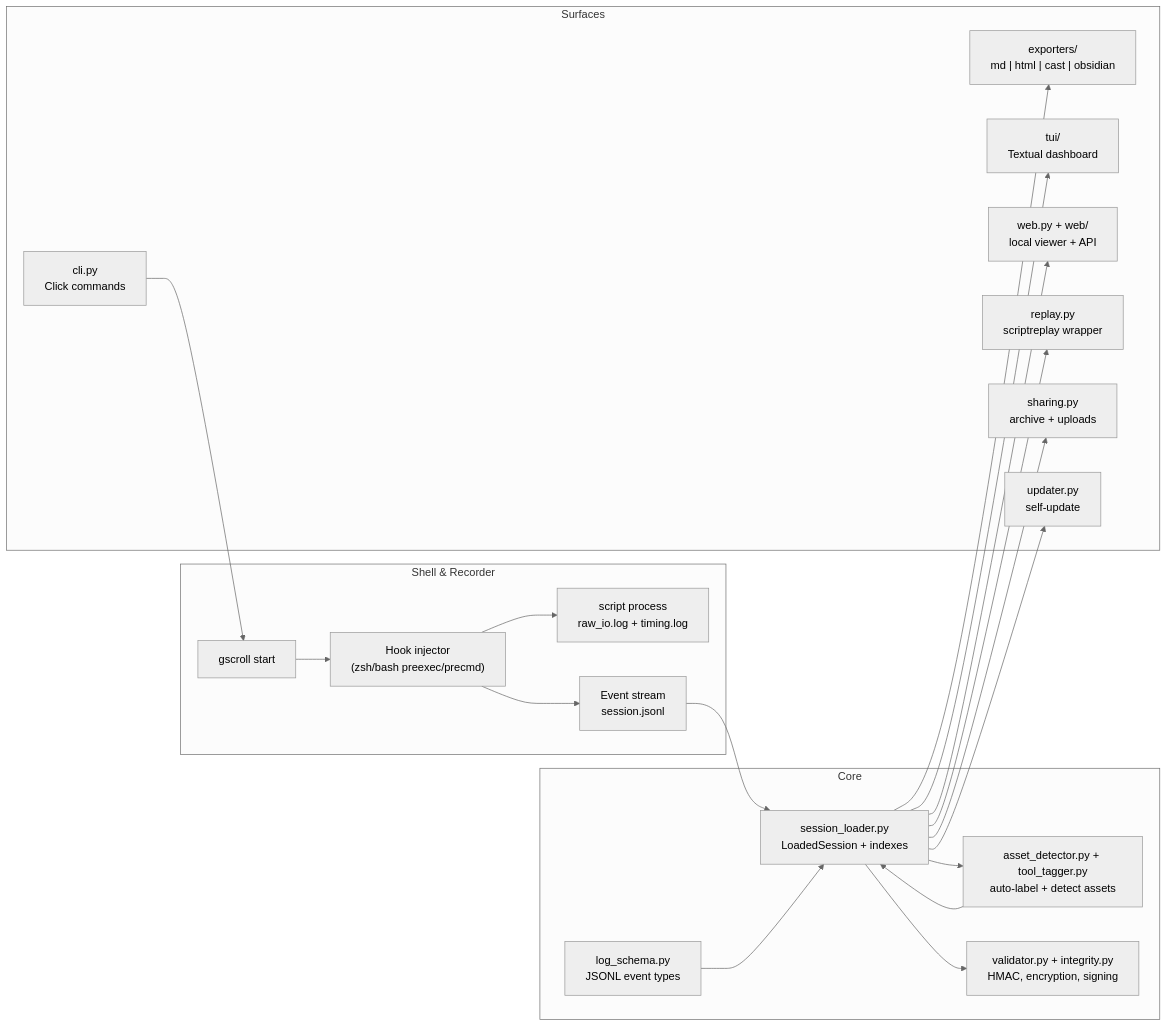
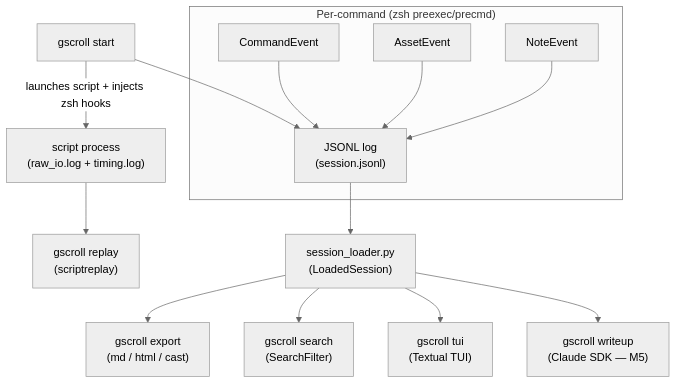
The first of 3 diagrams in README.md (Panacota96/Guild-Scroll), drawn with Mermaid (neutral theme) before and after one commit. The commit also changed other lines of this file and 13 other files, not shown here.

Commit message:
feat(web): add session CRUD API and docker remote-bind docs (#147)

````diff
--- a/README.md
+++ b/README.md
@@ -62,39 +57,18 @@
 ```mermaid
-graph LR
-    subgraph "Shell & Recorder"
-        start["gscroll start"] --> hooks["Hook injector\n(zsh/bash preexec/precmd)"]
-        hooks --> script["script process\nraw_io.log + timing.log"]
-        hooks --> events["Event stream\nsession.jsonl"]
+graph TD
+    A["gscroll start"] -->|"launches script + injects zsh hooks"| B["script process\n(raw_io.log + timing.log)"]
+    A --> C["JSONL log\n(session.jsonl)"]
+
+    subgraph "Per-command (zsh preexec/precmd)"
+        D["CommandEvent"] --> C
+        E["AssetEvent"] --> C
+        F["NoteEvent"] --> C
     end
 
-    subgraph "Core"
-        loader["session_loader.py\nLoadedSession + indexes"]
-        schema["log_schema.py\nJSONL event types"]
-        enrich["asset_detector.py + tool_tagger.py\nauto-label + detect assets"]
-        integrity["validator.py + integrity.py\nHMAC, encryption, signing"]
-    end
-
-    events --> loader
-    schema --> loader
-    loader --> enrich
-    enrich --> loader
-    loader --> integrity
-
-    subgraph "Surfaces"
-        cli["cli.py\nClick commands"]
-        exporters["exporters/\nmd | html | cast | obsidian"]
-        tui["tui/\nTextual dashboard"]
-        web["web.py + web/\nlocal viewer + API"]
-        replay["replay.py\nscriptreplay wrapper"]
-        sharing["sharing.py\narchive + uploads"]
-        updater["updater.py\nself-update"]
-    end
-
-    loader --> exporters
-    loader --> tui
-    loader --> web
-    loader --> replay
-    loader --> sharing
-    loader --> updater
-    cli --> start
+    B --> G["gscroll replay\n(scriptreplay)"]
+    C --> H["session_loader.py\n(LoadedSession)"]
+    H --> I["gscroll export\n(md / html / cast)"]
+    H --> J["gscroll search\n(SearchFilter)"]
+    H --> K["gscroll tui\n(Textual TUI)"]
+    H --> L["gscroll writeup\n(Claude SDK — M5)"]
 ```
````
